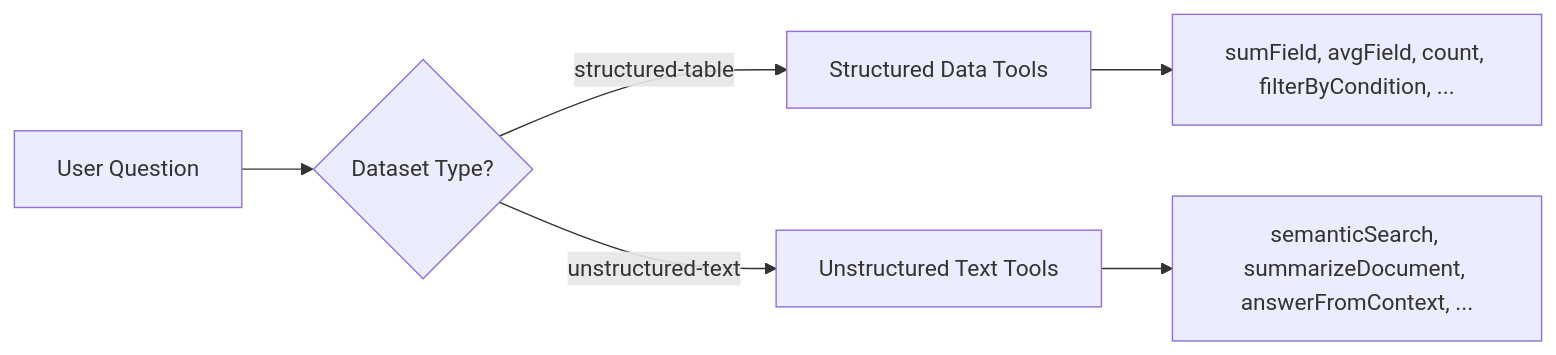
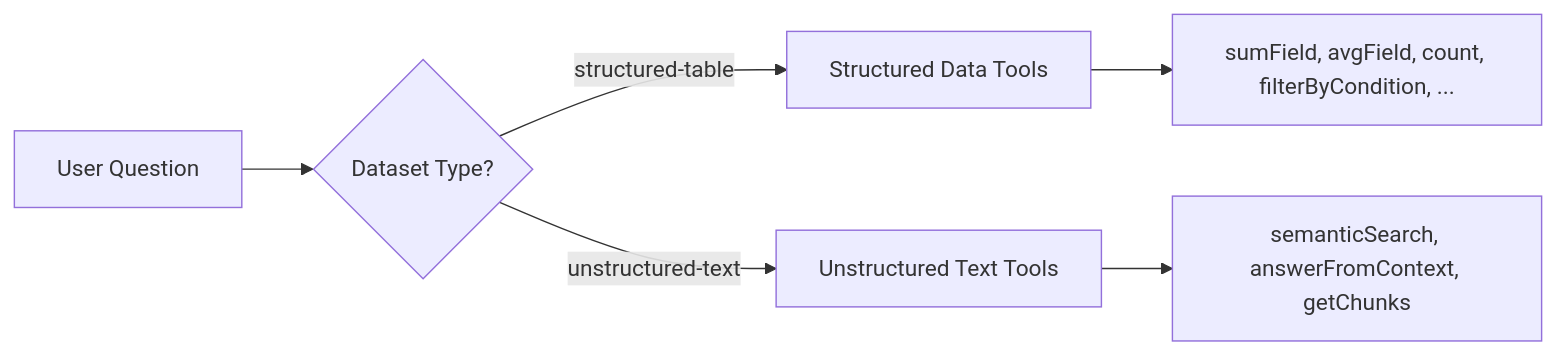
Before and after one commit to hinora/data-analysis: the third of 5 diagrams in docs/domain-knowledge/chat-system.md, drawn with Mermaid. The commit also changed other lines of this file and 16 other files, not shown here.

````diff
--- a/docs/domain-knowledge/chat-system.md
+++ b/docs/domain-knowledge/chat-system.md
@@ -143,8 +143,8 @@
 ```mermaid
 flowchart LR
     Q[User Question] --> DT{Dataset Type?}
     DT -->|structured-table| ST[Structured Data Tools]
     DT -->|unstructured-text| UT[Unstructured Text Tools]
     ST --> R1[sumField, avgField, count, filterByCondition, ...]
-    UT --> R2[semanticSearch, summarizeDocument, answerFromContext, ...]
+    UT --> R2[semanticSearch, answerFromContext, getChunks]
 ```
````
